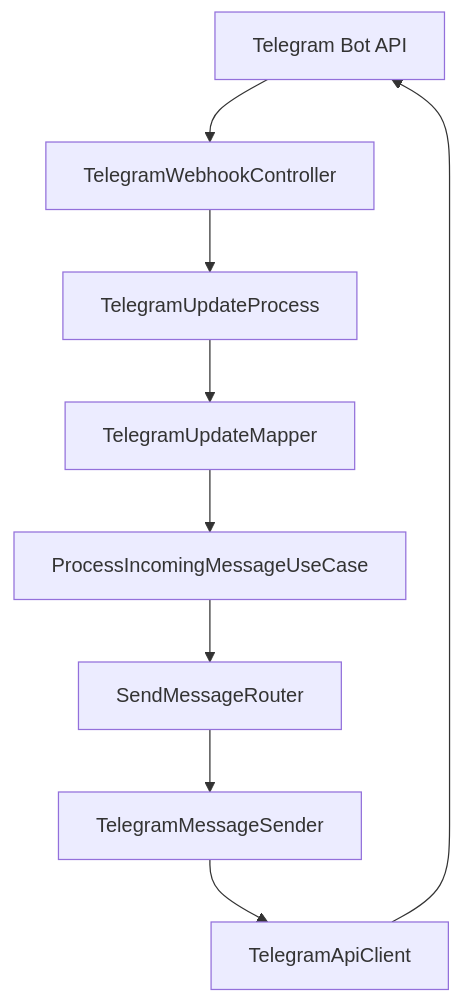
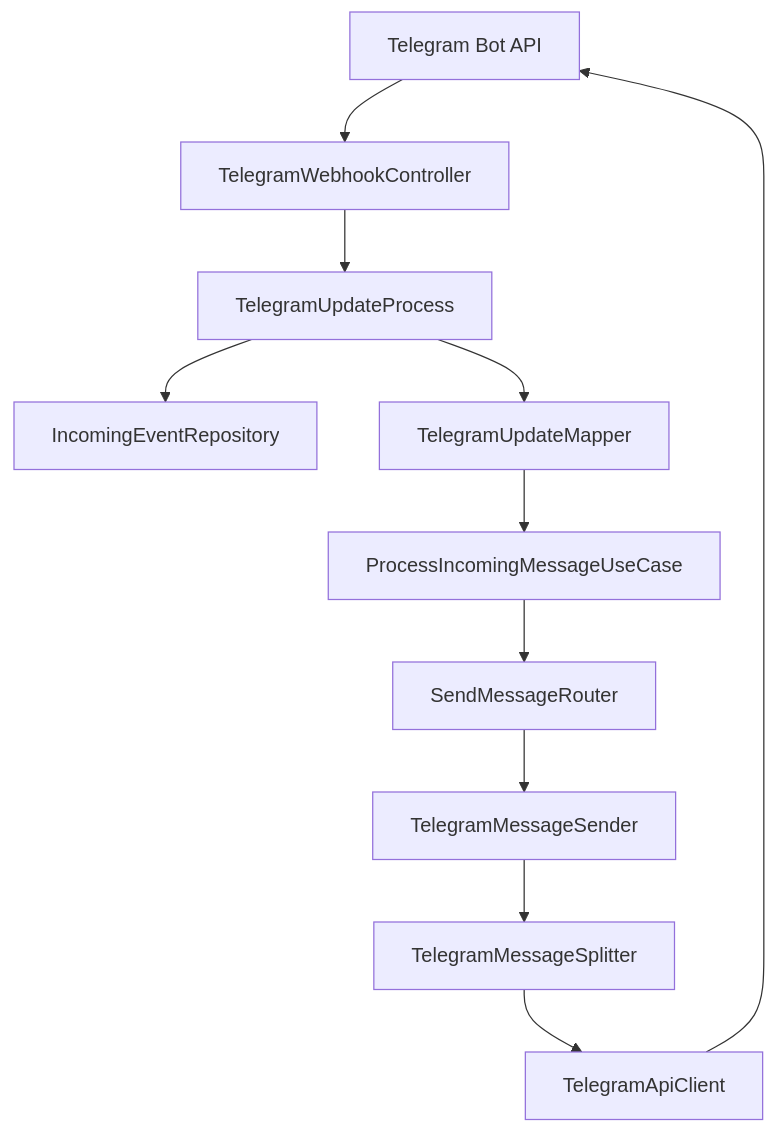
One commit to Bluedigi10/bluememo-api changed the diagram in README.md. Above: the diagram before and after it, drawn with Mermaid. The commit also changed other lines of this file and 46 other files, not shown here.

````diff
--- a/README.md
+++ b/README.md
@@ -40,11 +61,13 @@
 ```mermaid
 flowchart TD
     Telegram["Telegram Bot API"] --> Controller["TelegramWebhookController"]
     Controller --> UpdateProcess["TelegramUpdateProcess"]
+    UpdateProcess --> EventRepository["IncomingEventRepository"]
     UpdateProcess --> Mapper["TelegramUpdateMapper"]
     Mapper --> UseCase["ProcessIncomingMessageUseCase"]
     UseCase --> Router["SendMessageRouter"]
     Router --> Sender["TelegramMessageSender"]
-    Sender --> Client["TelegramApiClient"]
+    Sender --> Splitter["TelegramMessageSplitter"]
+    Splitter --> Client["TelegramApiClient"]
     Client --> Telegram
 ```
````
